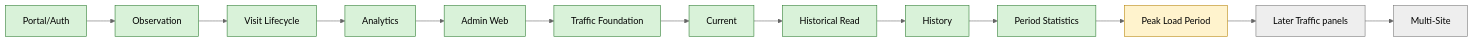
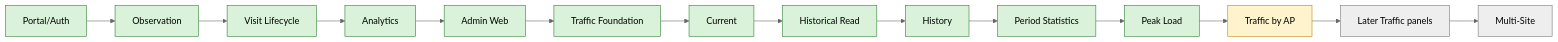
Before and after one commit to ZaurNavi/CaptivePortal: diagram 16 of 18 in README.md, drawn with Mermaid (neutral theme). The commit also changed other lines of this file and 11 other files, not shown here.

````diff
--- a/README.md
+++ b/README.md
@@ -798,19 +799,20 @@
 ```mermaid
 flowchart LR
     P[Portal/Auth]:::done --> O[Observation]:::done
     O --> V[Visit Lifecycle]:::done
     V --> A[Analytics]:::done
     A --> W[Admin Web]:::done
     W --> T0[Traffic Foundation]:::done
     T0 --> T1[Current]:::done
     T1 --> T2R[Historical Read]:::done
     T2R --> T2[History]:::done
     T2 --> T3[Period Statistics]:::done
-    T3 --> T4[Peak Load Period]:::next
-    T4 --> TP[Later Traffic panels]:::future
+    T3 --> T4[Peak Load]:::done
+    T4 --> T5[Traffic by AP]:::next
+    T5 --> TP[Later Traffic panels]:::future
     TP --> MS[Multi-Site]:::future
 
     classDef done fill:#d9f2d9,stroke:#2e7d32,color:#000;
     classDef next fill:#fff3cd,stroke:#b8860b,color:#000;
     classDef future fill:#eeeeee,stroke:#777,color:#000;
 ```
````
